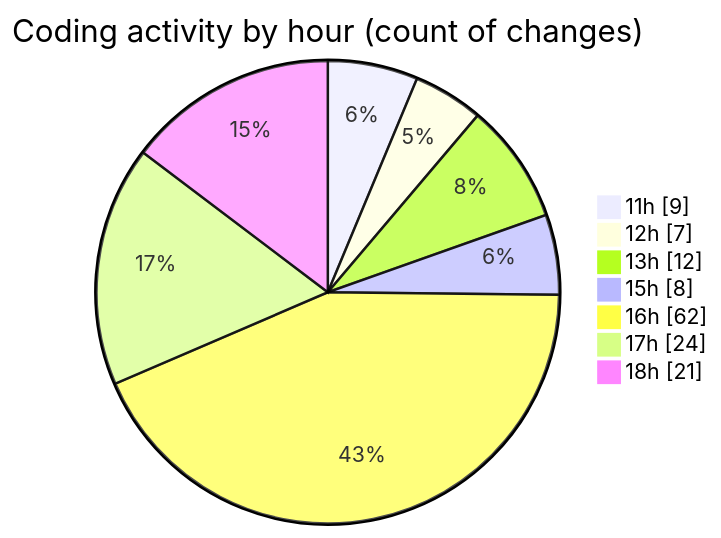
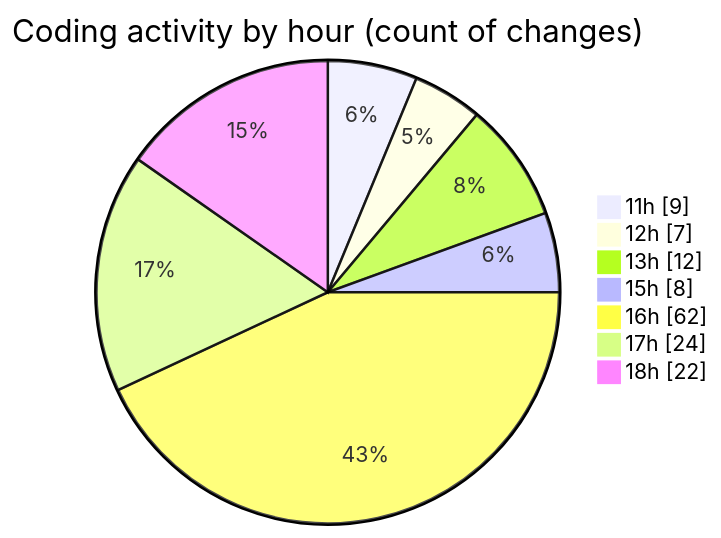
Before and after one commit to EIIisD/code-tracking: the second of 2 diagrams in 2025-08-07/ribbon/README.md, drawn with Mermaid. The commit also changed other lines of this file and 1 other file, not shown here.

````diff
--- a/2025-08-07/ribbon/README.md
+++ b/2025-08-07/ribbon/README.md
@@ -49,11 +49,11 @@
 ```mermaid
 pie showData
 title Coding activity by hour (count of changes)
 "11h" : 9
 "12h" : 7
 "13h" : 12
 "15h" : 8
 "16h" : 62
 "17h" : 24
-"18h" : 21
+"18h" : 22
 ```
````
